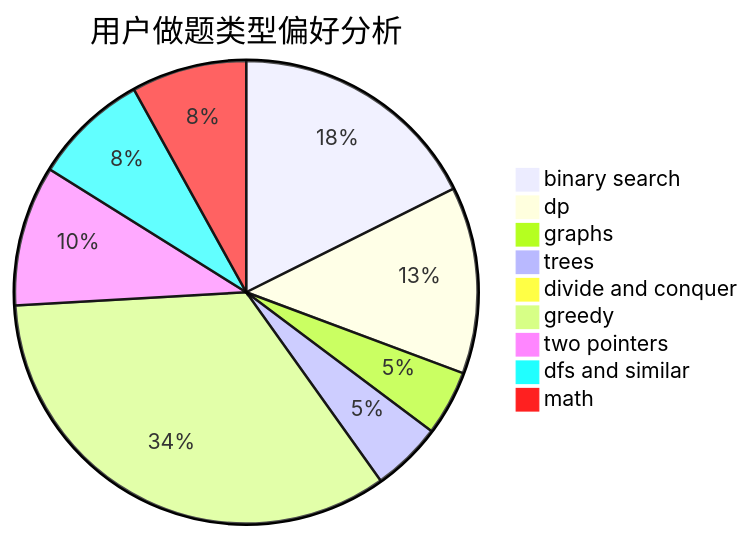
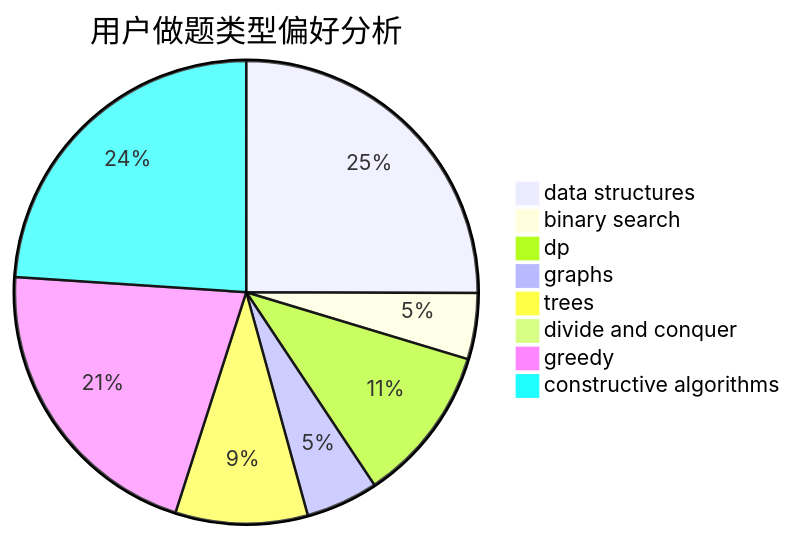
Before and after one commit to sherpahu/cfrs.github.io: the second of 3 diagrams in docs/user/u1133.md, drawn with Mermaid. The commit also changed other lines of this file and 2775 other files, not shown here.

````diff
--- a/docs/user/u1133.md
+++ b/docs/user/u1133.md
@@ -23,12 +23,11 @@
 ```mermaid
 pie title 用户做题类型偏好分析
-    "binary search" :  151
-    "dp" :  112
-    "graphs" :  39
+    "data structures" :  114
+    "binary search" :  21
+    "dp" :  50
+    "graphs" :  23
     "trees" :  42
-    "divide and conquer" :  2
-    "greedy" :  291
-    "two pointers" :  84
-    "dfs and similar" :  69
-    "math" :  69
+    "divide and conquer" :  0
+    "greedy" :  96
+    "constructive algorithms" :  109
 ```
````
